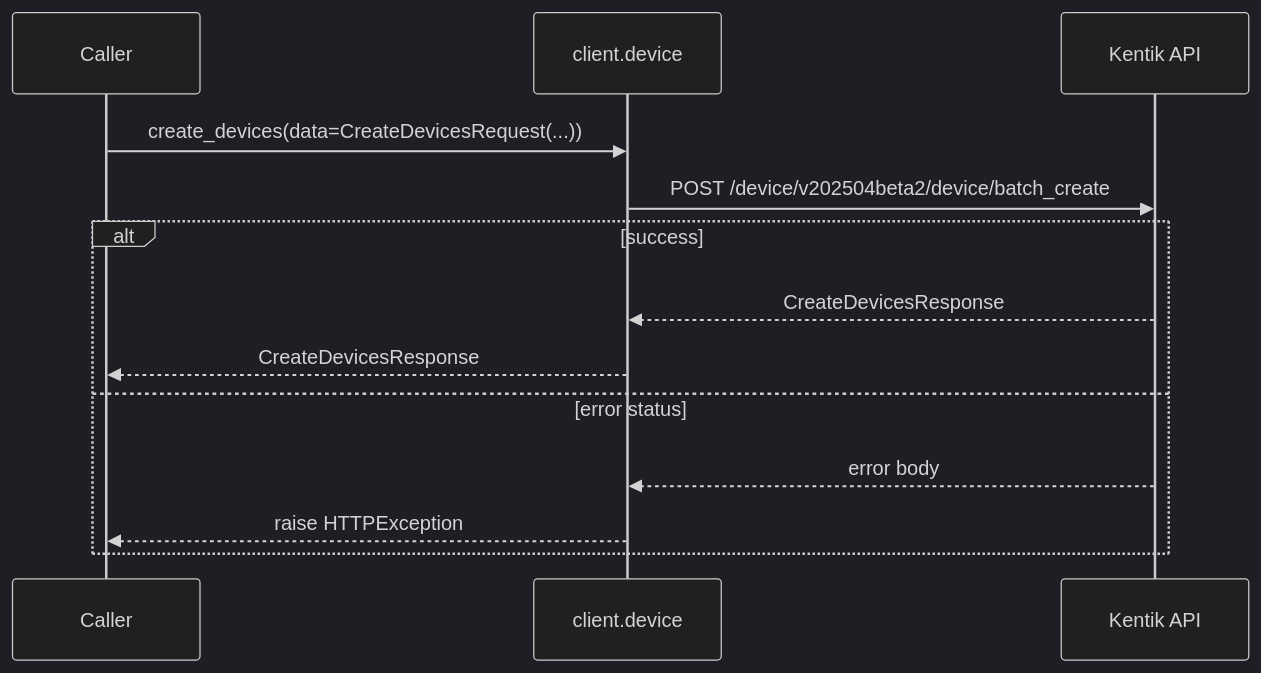
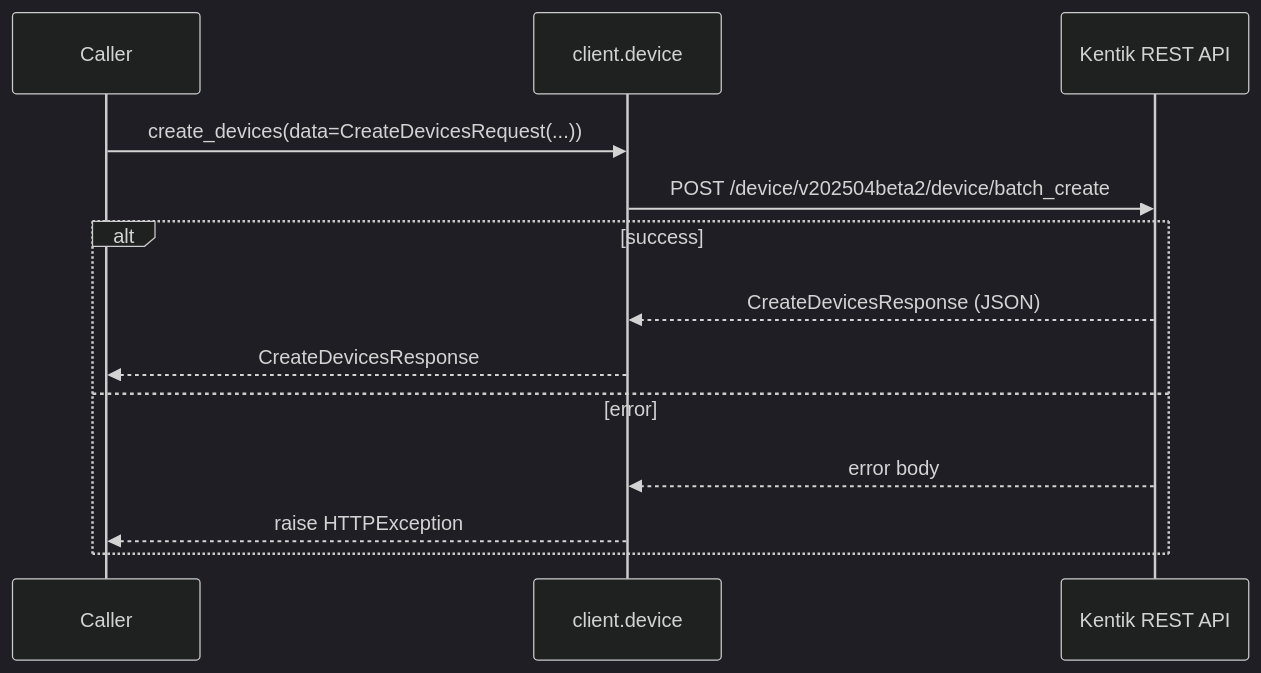
Before and after one commit to alexdearaujo/community_sdk_python: the sixth of 22 diagrams in docs/sphinx/services/device.md, drawn with Mermaid (dark theme). The commit also changed other lines of this file and 61 other files, not shown here.

````diff
--- a/docs/sphinx/services/device.md
+++ b/docs/sphinx/services/device.md
@@ -132,16 +184,16 @@
 ```mermaid
 sequenceDiagram
     participant C as Caller
     participant W as client.device
-    participant API as Kentik API
+    participant API as Kentik REST API
 
     C->>W: create_devices(data=CreateDevicesRequest(...))
     W->>API: POST /device/v202504beta2/device/batch_create
     alt success
-        API-->>W: CreateDevicesResponse
+        API-->>W: CreateDevicesResponse (JSON)
         W-->>C: CreateDevicesResponse
-    else error status
+    else error
         API-->>W: error body
         W-->>C: raise HTTPException
     end
 ```
````
